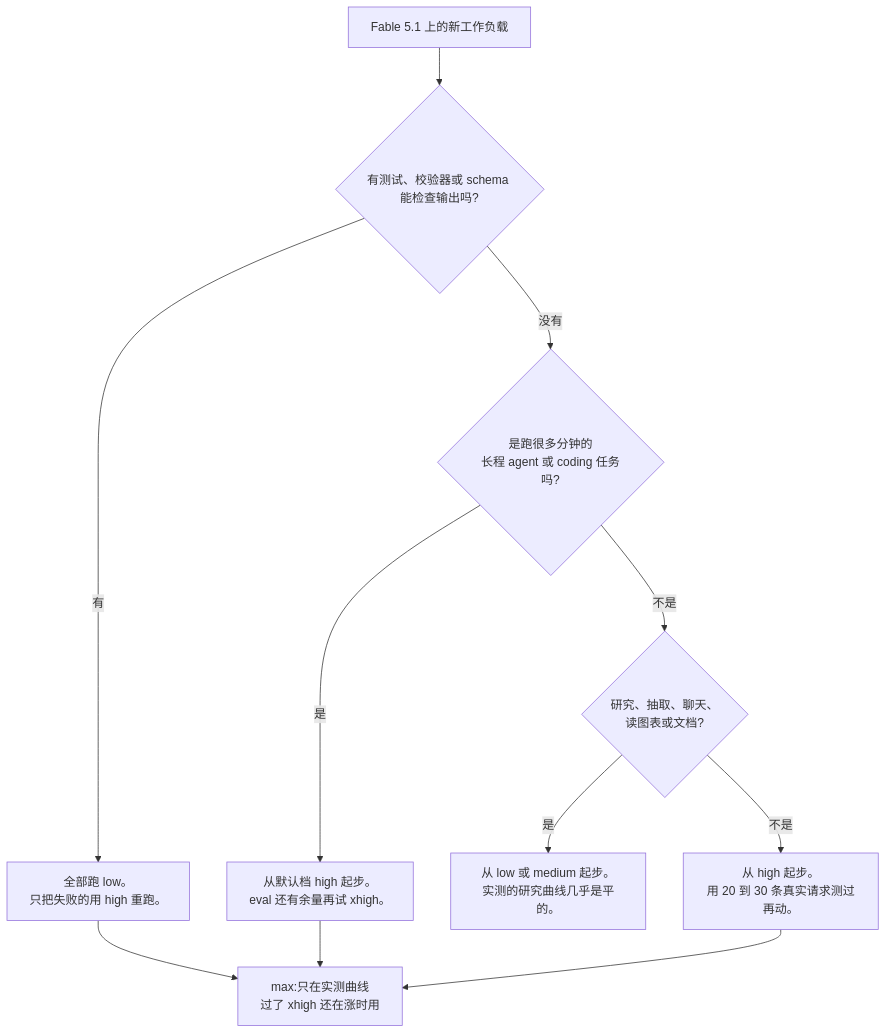
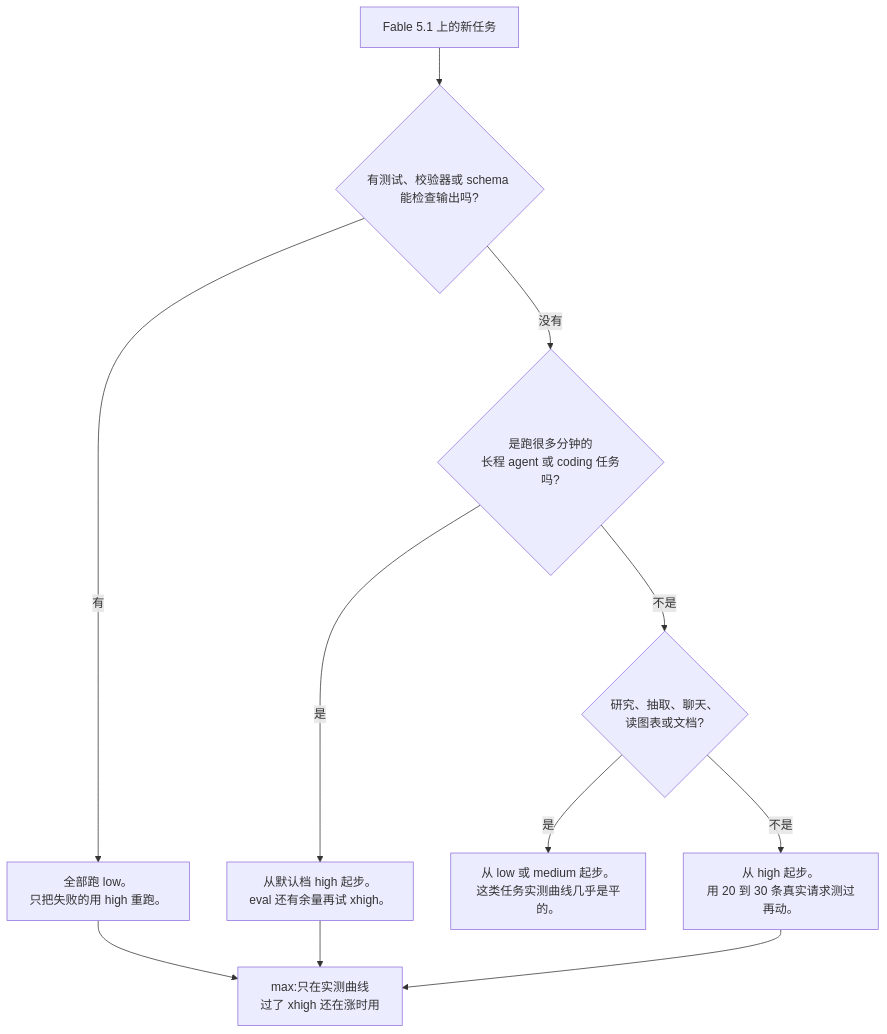
One commit to benchengai/awesome-fable-5-1-cookbook changed the diagram in README.zh-CN.md. Above: the diagram before and after it, drawn with Mermaid. The commit also changed other lines of this file and 2 other files, not shown here.

````diff
--- a/README.zh-CN.md
+++ b/README.zh-CN.md
@@ -97,13 +118,13 @@
 ```mermaid
 flowchart TD
-    A["Fable 5.1 上的新工作负载"] --> B{"有测试、校验器或 schema 能检查输出吗?"}
+    A["Fable 5.1 上的新任务"] --> B{"有测试、校验器或 schema 能检查输出吗?"}
     B -- "有" --> C["全部跑 low。<br/>只把失败的用 high 重跑。"]
     B -- "没有" --> D{"是跑很多分钟的<br/>长程 agent 或 coding 任务吗?"}
     D -- "是" --> E["从默认档 high 起步。<br/>eval 还有余量再试 xhigh。"]
     D -- "不是" --> F{"研究、抽取、聊天、<br/>读图表或文档?"}
-    F -- "是" --> G["从 low 或 medium 起步。<br/>实测的研究曲线几乎是平的。"]
+    F -- "是" --> G["从 low 或 medium 起步。<br/>这类任务实测曲线几乎是平的。"]
     F -- "不是" --> H["从 high 起步。<br/>用 20 到 30 条真实请求测过再动。"]
     C --> I["max:只在实测曲线<br/>过了 xhigh 还在涨时用"]
     E --> I
     H --> I
 ```
````
